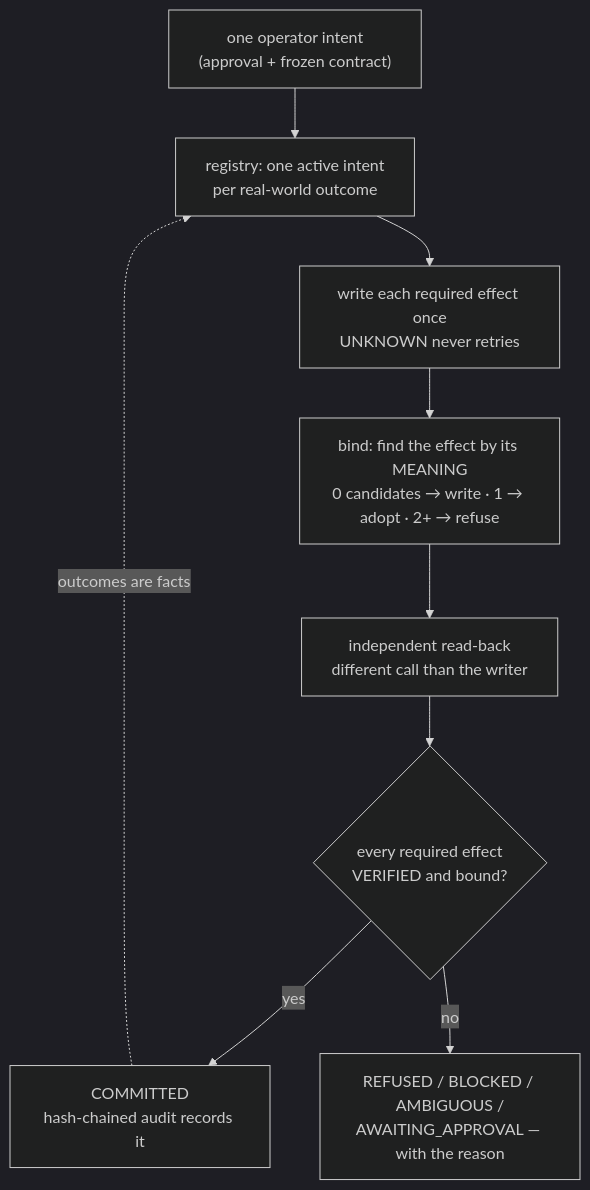
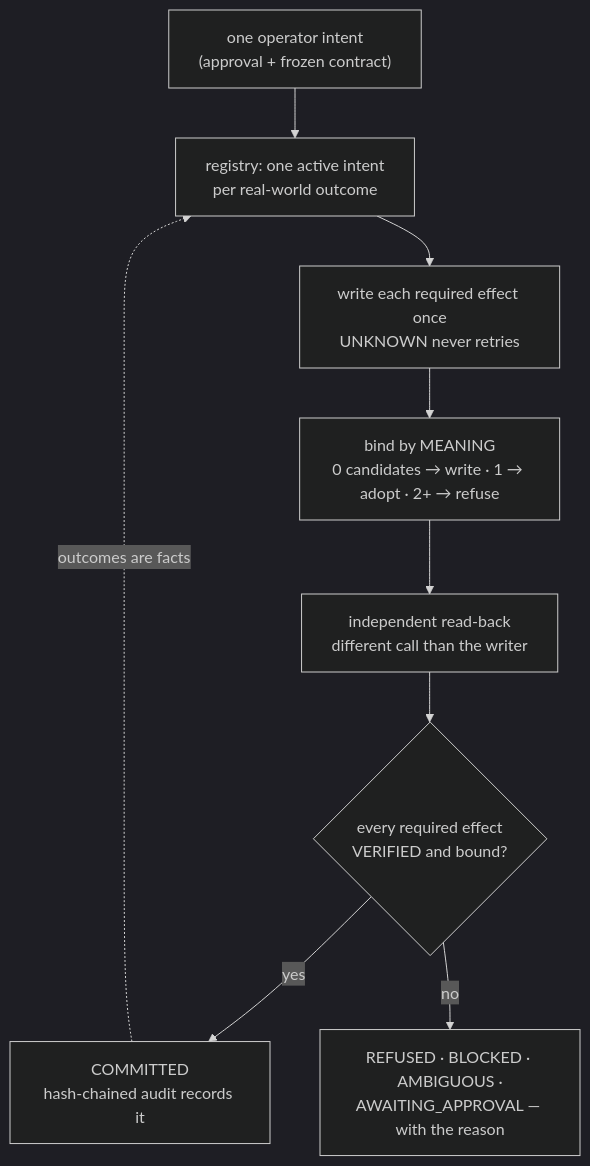
Before and after one commit to subheeksh5599/causal: the diagram in README.md, drawn with Mermaid (dark theme). The commit also changed other lines of this file, not shown here.

````diff
--- a/README.md
+++ b/README.md
@@ -41,11 +39,11 @@
 ```mermaid
 flowchart TD
     A["one operator intent<br/>(approval + frozen contract)"] --> B["registry: one active intent<br/>per real-world outcome"]
     B --> C["write each required effect once<br/>UNKNOWN never retries"]
-    C --> D["bind: find the effect by its MEANING<br/>0 candidates → write · 1 → adopt · 2+ → refuse"]
+    C --> D["bind by MEANING<br/>0 candidates → write · 1 → adopt · 2+ → refuse"]
     D --> E["independent read-back<br/>different call than the writer"]
     E --> F{"every required effect<br/>VERIFIED and bound?"}
     F -- yes --> G["COMMITTED<br/>hash-chained audit records it"]
-    F -- no --> H["REFUSED / BLOCKED / AMBIGUOUS /<br/>AWAITING_APPROVAL — with the reason"]
+    F -- no --> H["REFUSED · BLOCKED · AMBIGUOUS ·<br/>AWAITING_APPROVAL — with the reason"]
     G -. outcomes are facts .-> B
 ```
````
